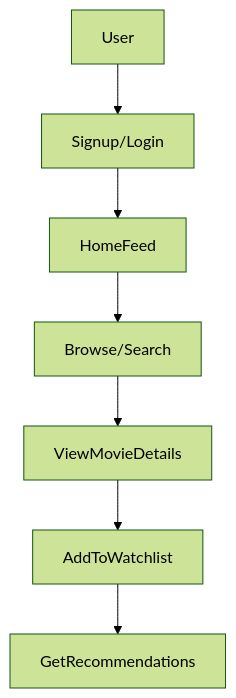
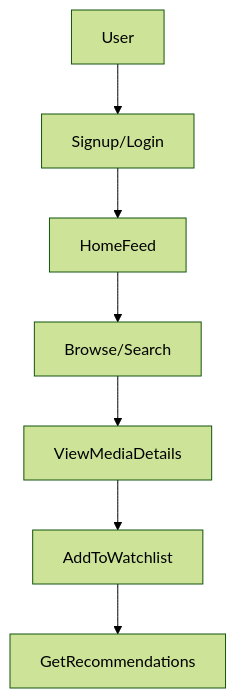
One commit to nisanray/movieVerse changed the diagram in docs/PRD.md. Above: the diagram before and after it, drawn with Mermaid (forest theme). The commit also changed other lines of this file and 3 other files, not shown here.

````diff
--- a/docs/PRD.md
+++ b/docs/PRD.md
@@ -109,8 +110,8 @@
 ```mermaid
 graph TD
 User --> Signup/Login --> HomeFeed
 HomeFeed --> Browse/Search
-Browse/Search --> ViewMovieDetails
-ViewMovieDetails --> AddToWatchlist
+Browse/Search --> ViewMediaDetails
+ViewMediaDetails --> AddToWatchlist
 AddToWatchlist --> GetRecommendations
 ```
````
